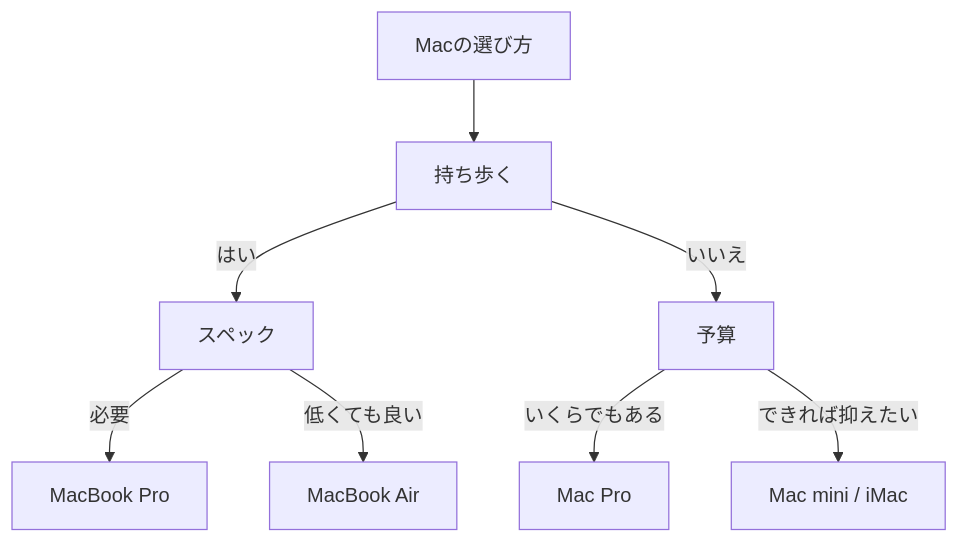
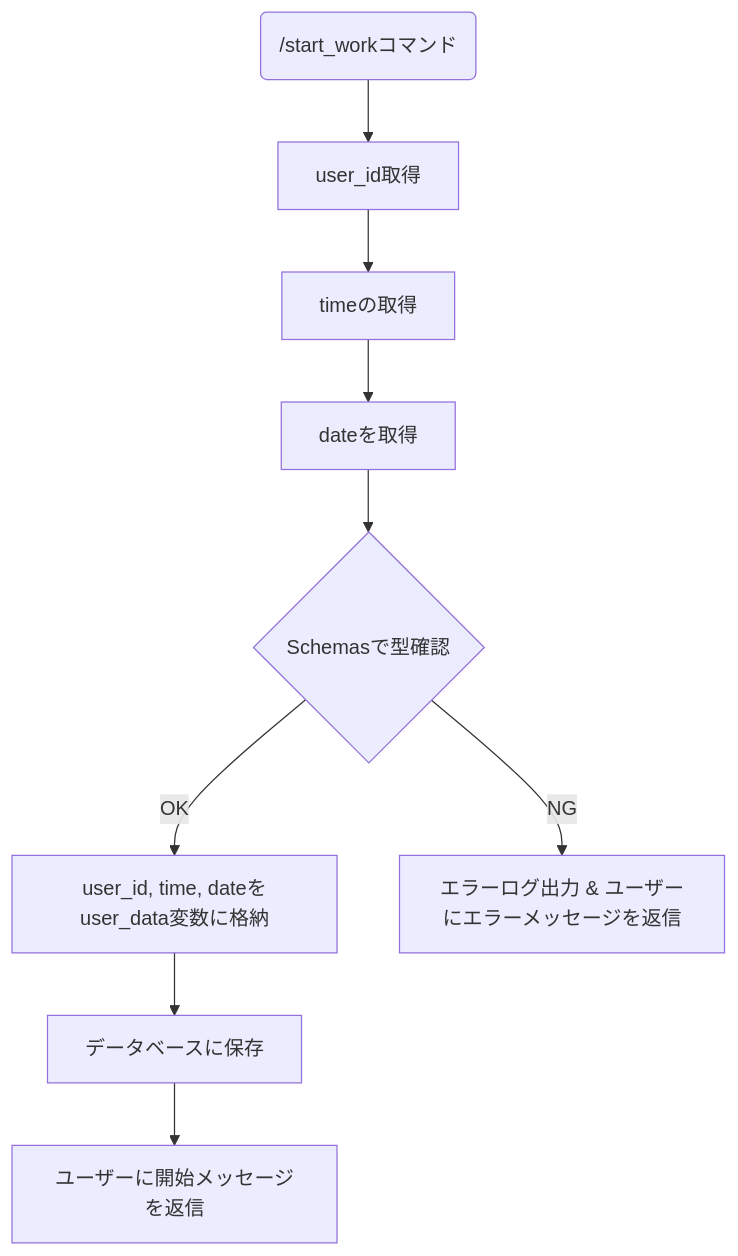
Before and after one commit to rabin0630/DiscordWorkLogger: the diagram in docs/flowchart.md, drawn with Mermaid.

Commit message:
docs: 詳細設計の練習のため、作業開始処理のフローチャートを追加
- Mermaidの記述練習を兼ねてフロー図を作成
- コマンド実行から返信までの詳細な流れを視覚化
- 型確認エラー時の例外処理ルートを追記

````diff
--- a/docs/flowchart.md
+++ b/docs/flowchart.md
@@ -1,10 +1,13 @@
 ```mermaid
-graph TB
-  A[Macの選び方] --> B[持ち歩く]
-  B -->|はい| C[スペック]
-  B -->|いいえ| D[予算]
-  C -->|必要| R1[MacBook Pro]
-  C -->|低くても良い| R2[MacBook Air]
-  D -->|いくらでもある| R3[Mac Pro]
-  D -->|できれば抑えたい| R4[Mac mini / iMac]
+flowchart TD
+    A(/start_workコマンド) --> B[user_id取得]
+    B --> C[timeの取得]
+    C --> D[dateを取得]
+    D --> E{Schemasで型確認}
+    E -->|OK| F[user_id, time, dateをuser_data変数に格納]
+    E -->|NG| G[エラーログ出力 & ユーザーにエラーメッセージを返信]
+    F --> H[データベースに保存]
+    H --> I[ユーザーに開始メッセージを返信]
+
+
 ```
````
